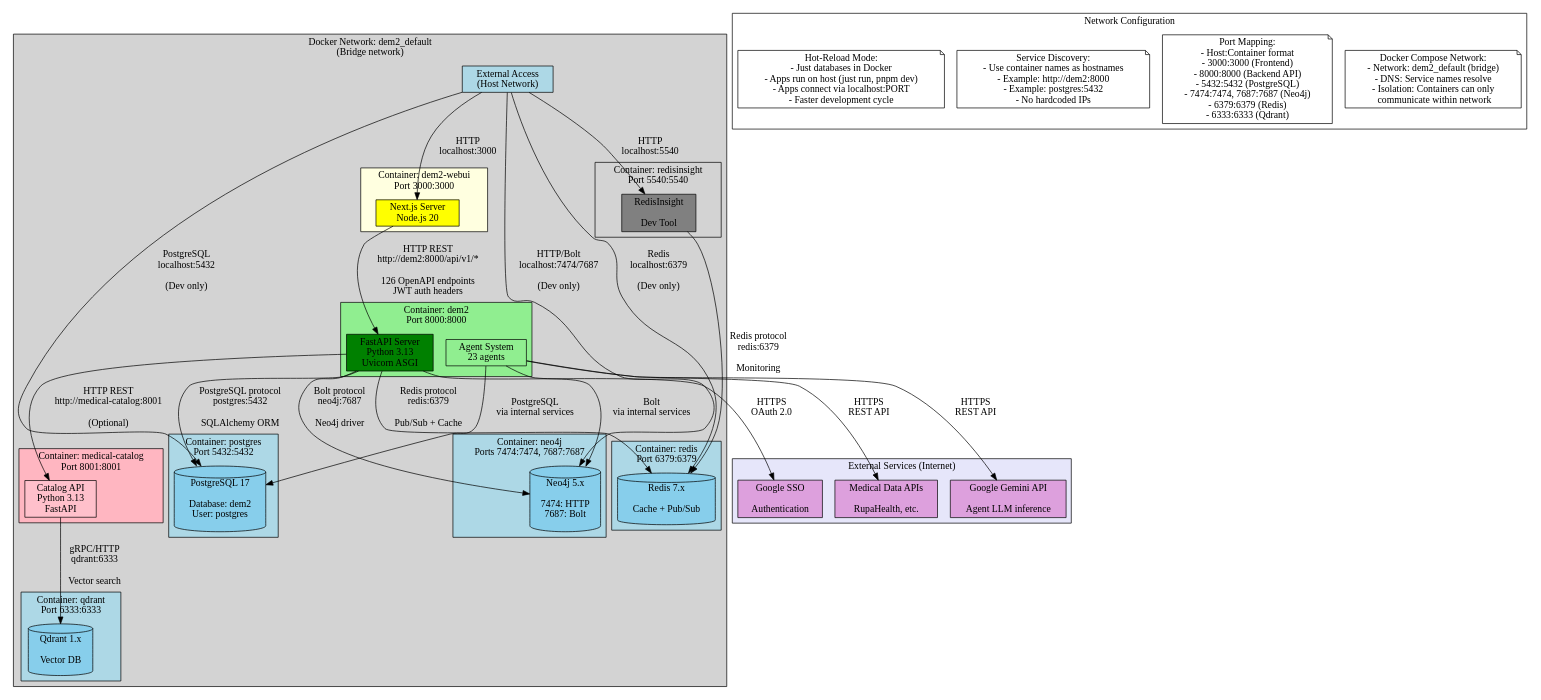
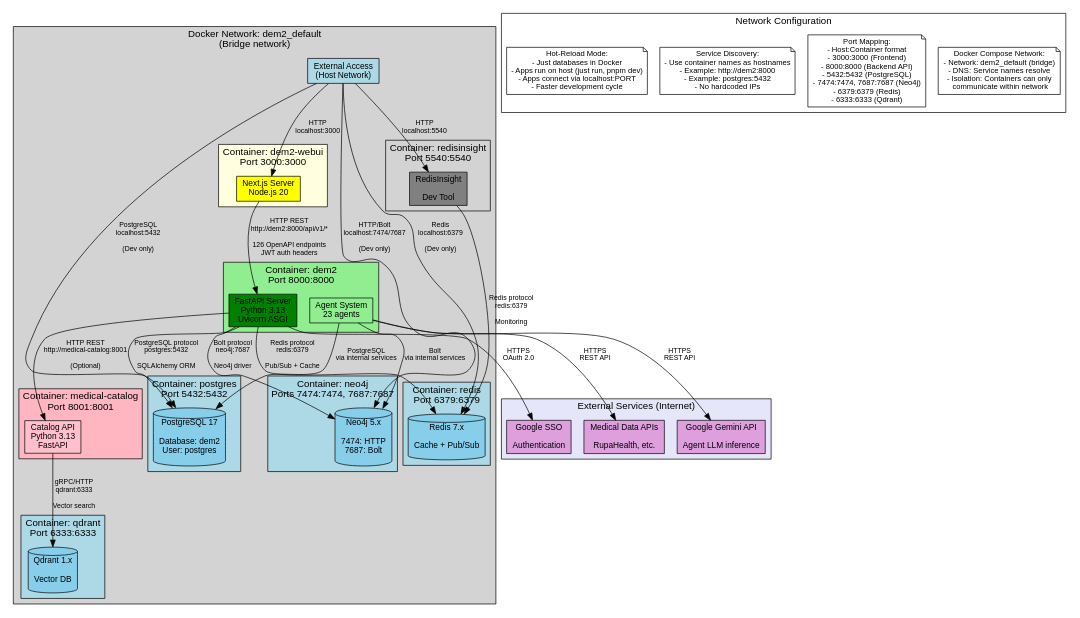
One commit to NumberOne-AI/machina-meta changed the diagram in docs/DATAFLOW_container_network.dot. Above: the diagram before and after it, drawn with Graphviz. The commit also changed 4 other files, not shown here.

First line of the commit message:
docs: improve font sizes in all Graphviz diagrams

```diff
--- a/docs/DATAFLOW_container_network.dot
+++ b/docs/DATAFLOW_container_network.dot
@@ -1,151 +1,155 @@
 // Container Network Communication
 // Docker Compose service connectivity
 digraph ContainerNetwork {
     rankdir=TB;
-    node [shape=component, style=filled];
+
+    // Font settings for readability
+    graph [fontsize=14, fontname="Arial"];
+    node [shape=component, style=filled, fontsize=12, fontname="Arial"];
+    edge [fontsize=10, fontname="Arial"];
 
     // External access
     external [label="External Access\n(Host Network)", fillcolor=lightblue, shape=cloud];
 
     // Docker network
     subgraph cluster_docker_network {
         label="Docker Network: dem2_default\n(Bridge network)";
         fillcolor=lightgray;
         style=filled;
 
         // Frontend container
         subgraph cluster_frontend_container {
             label="Container: dem2-webui\nPort 3000:3000";
             fillcolor=lightyellow;
             style=filled;
 
             nextjs [label="Next.js Server\nNode.js 20", fillcolor=yellow, shape=box];
         }
 
         // Backend container
         subgraph cluster_backend_container {
             label="Container: dem2\nPort 8000:8000";
             fillcolor=lightgreen;
             style=filled;
 
             fastapi [label="FastAPI Server\nPython 3.13\nUvicorn ASGI", fillcolor=green, shape=box];
             agent_system [label="Agent System\n23 agents", fillcolor=lightgreen, shape=box];
         }
 
         // Medical Catalog container
         subgraph cluster_catalog_container {
             label="Container: medical-catalog\nPort 8001:8001";
             fillcolor=lightpink;
             style=filled;
 
             catalog_api [label="Catalog API\nPython 3.13\nFastAPI", fillcolor=pink, shape=box];
         }
 
         // PostgreSQL container
         subgraph cluster_postgres_container {
             label="Container: postgres\nPort 5432:5432";
             fillcolor=lightblue;
             style=filled;
 
             postgres [label="PostgreSQL 17\n\nDatabase: dem2\nUser: postgres", fillcolor=skyblue, shape=cylinder];
         }
 
         // Neo4j container
         subgraph cluster_neo4j_container {
             label="Container: neo4j\nPorts 7474:7474, 7687:7687";
             fillcolor=lightblue;
             style=filled;
 
             neo4j [label="Neo4j 5.x\n\n7474: HTTP\n7687: Bolt", fillcolor=skyblue, shape=cylinder];
         }
 
         // Redis container
         subgraph cluster_redis_container {
             label="Container: redis\nPort 6379:6379";
             fillcolor=lightblue;
             style=filled;
 
             redis [label="Redis 7.x\n\nCache + Pub/Sub", fillcolor=skyblue, shape=cylinder];
         }
 
         // Qdrant container
         subgraph cluster_qdrant_container {
             label="Container: qdrant\nPort 6333:6333";
             fillcolor=lightblue;
             style=filled;
 
             qdrant [label="Qdrant 1.x\n\nVector DB", fillcolor=skyblue, shape=cylinder];
         }
 
         // RedisInsight container (dev tool)
         subgraph cluster_redisinsight_container {
             label="Container: redisinsight\nPort 5540:5540";
             fillcolor=lightgray;
             style=filled;
 
             redisinsight [label="RedisInsight\n\nDev Tool", fillcolor=gray, shape=box];
         }
 
         // Network connections
         // User to frontend
         external -> nextjs [label="HTTP\nlocalhost:3000"];
 
         // Frontend to backend
         nextjs -> fastapi [label="HTTP REST\nhttp://dem2:8000/api/v1/*\n\n126 OpenAPI endpoints\nJWT auth headers"];
 
         // Backend to databases
         fastapi -> postgres [label="PostgreSQL protocol\npostgres:5432\n\nSQLAlchemy ORM"];
         fastapi -> neo4j [label="Bolt protocol\nneo4j:7687\n\nNeo4j driver"];
         fastapi -> redis [label="Redis protocol\nredis:6379\n\nPub/Sub + Cache"];
 
         // Backend to medical catalog (optional)
         fastapi -> catalog_api [label="HTTP REST\nhttp://medical-catalog:8001\n\n(Optional)"];
 
         // Medical catalog to Qdrant
         catalog_api -> qdrant [label="gRPC/HTTP\nqdrant:6333\n\nVector search"];
 
         // Agent system to databases (internal to dem2 container)
         agent_system -> postgres [label="PostgreSQL\nvia internal services"];
         agent_system -> neo4j [label="Bolt\nvia internal services"];
 
         // Dev tool connections
         external -> redisinsight [label="HTTP\nlocalhost:5540"];
         redisinsight -> redis [label="Redis protocol\nredis:6379\n\nMonitoring"];
 
         // Direct database access from host
         external -> postgres [label="PostgreSQL\nlocalhost:5432\n\n(Dev only)"];
         external -> neo4j [label="HTTP/Bolt\nlocalhost:7474/7687\n\n(Dev only)"];
         external -> redis [label="Redis\nlocalhost:6379\n\n(Dev only)"];
     }
 
     // External services (outside Docker network)
     subgraph cluster_external_services {
         label="External Services (Internet)";
         fillcolor=lavender;
         style=filled;
 
         gemini_api [label="Google Gemini API\n\nAgent LLM inference", fillcolor=plum, shape=cloud];
         google_sso [label="Google SSO\n\nAuthentication", fillcolor=plum, shape=cloud];
         medical_apis [label="Medical Data APIs\n\nRupaHealth, etc.", fillcolor=plum, shape=cloud];
     }
 
     // Backend to external services
     fastapi -> google_sso [label="HTTPS\nOAuth 2.0"];
     agent_system -> gemini_api [label="HTTPS\nREST API"];
     agent_system -> medical_apis [label="HTTPS\nREST API"];
 
     // Networking notes
     subgraph cluster_network_config {
         label="Network Configuration";
         fillcolor=white;
         style=filled;
 
-        note1 [label="Docker Compose Network:\n- Network: dem2_default (bridge)\n- DNS: Service names resolve\n- Isolation: Containers can only\n  communicate within network", fillcolor=white, shape=note];
+        note1 [label="Docker Compose Network:\n- Network: dem2_default (bridge)\n- DNS: Service names resolve\n- Isolation: Containers can only\n  communicate within network", fillcolor=white, shape=note, fontsize=11];
 
-        note2 [label="Port Mapping:\n- Host:Container format\n- 3000:3000 (Frontend)\n- 8000:8000 (Backend API)\n- 5432:5432 (PostgreSQL)\n- 7474:7474, 7687:7687 (Neo4j)\n- 6379:6379 (Redis)\n- 6333:6333 (Qdrant)", fillcolor=white, shape=note];
+        note2 [label="Port Mapping:\n- Host:Container format\n- 3000:3000 (Frontend)\n- 8000:8000 (Backend API)\n- 5432:5432 (PostgreSQL)\n- 7474:7474, 7687:7687 (Neo4j)\n- 6379:6379 (Redis)\n- 6333:6333 (Qdrant)", fillcolor=white, shape=note, fontsize=11];
 
-        note3 [label="Service Discovery:\n- Use container names as hostnames\n- Example: http://dem2:8000\n- Example: postgres:5432\n- No hardcoded IPs", fillcolor=white, shape=note];
+        note3 [label="Service Discovery:\n- Use container names as hostnames\n- Example: http://dem2:8000\n- Example: postgres:5432\n- No hardcoded IPs", fillcolor=white, shape=note, fontsize=11];
 
-        note4 [label="Hot-Reload Mode:\n- Just databases in Docker\n- Apps run on host (just run, pnpm dev)\n- Apps connect via localhost:PORT\n- Faster development cycle", fillcolor=white, shape=note];
+        note4 [label="Hot-Reload Mode:\n- Just databases in Docker\n- Apps run on host (just run, pnpm dev)\n- Apps connect via localhost:PORT\n- Faster development cycle", fillcolor=white, shape=note, fontsize=11];
     }
 }
```
